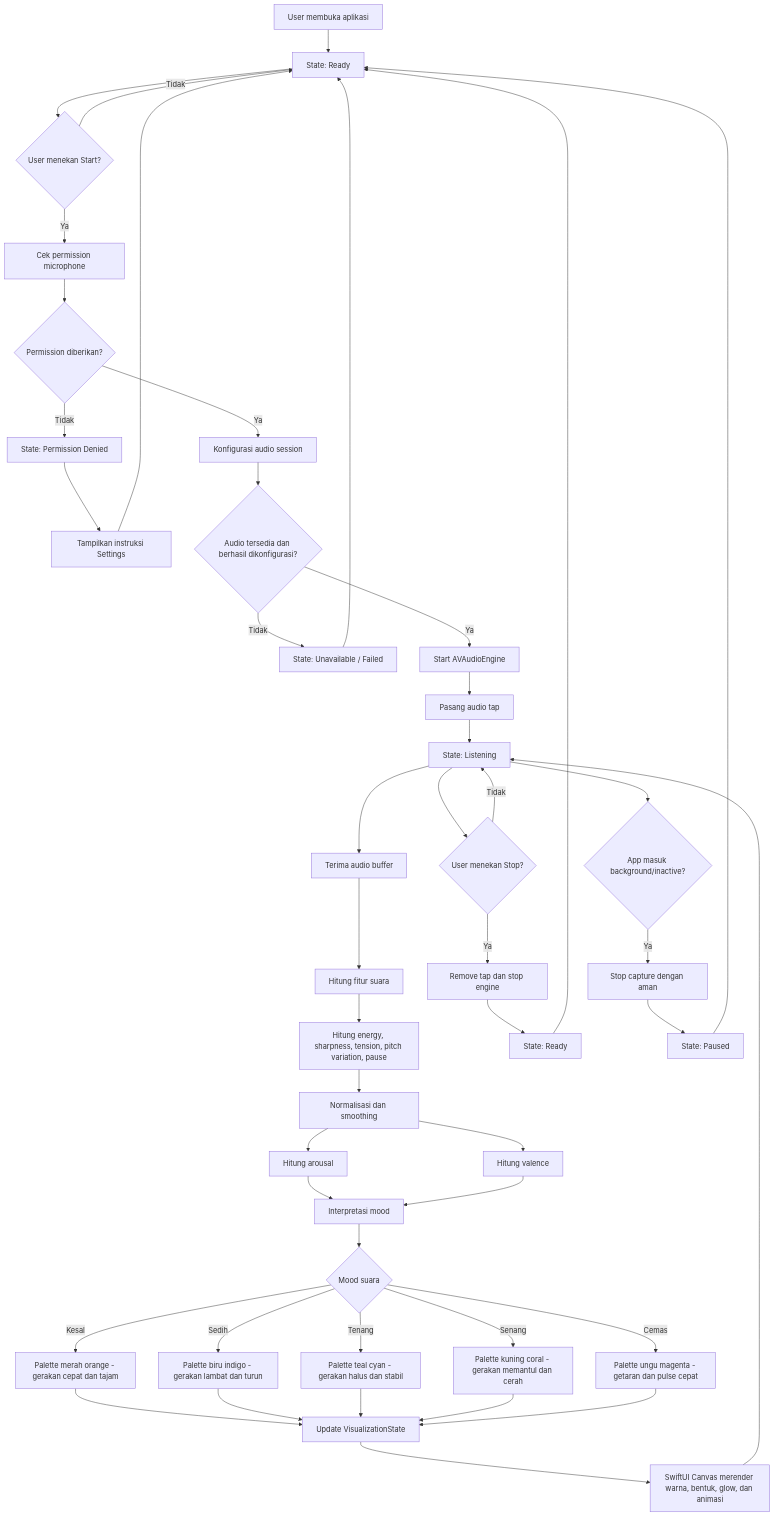
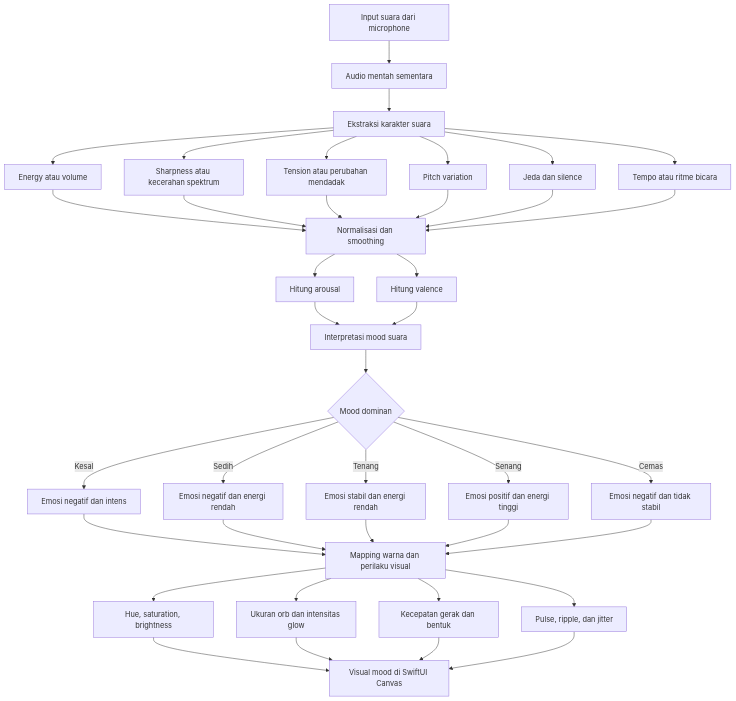
The first of 2 diagrams in audio-to-emotion-flowcharts.md (nunutech40/ConvertAudioToColor), drawn with Mermaid before and after one commit.

Commit message:
clarify business logic flowchart

````diff
--- a/audio-to-emotion-flowcharts.md
+++ b/audio-to-emotion-flowcharts.md
@@ -7,61 +7,48 @@
 ```mermaid
 flowchart TD
-    A[User membuka aplikasi] --> B[State: Ready]
-    B --> C{User menekan Start?}
+    A[Input suara dari microphone] --> B[Audio mentah sementara]
+    B --> C[Ekstraksi karakter suara]
 
-    C -- Tidak --> B
-    C -- Ya --> D[Cek permission microphone]
+    C --> D[Energy atau volume]
+    C --> E[Sharpness atau kecerahan spektrum]
+    C --> F[Tension atau perubahan mendadak]
+    C --> G[Pitch variation]
+    C --> H[Jeda dan silence]
+    C --> I[Tempo atau ritme bicara]
 
-    D --> E{Permission diberikan?}
-    E -- Tidak --> F[State: Permission Denied]
-    F --> G[Tampilkan instruksi Settings]
-    G --> B
+    D --> J[Normalisasi dan smoothing]
+    E --> J
+    F --> J
+    G --> J
+    H --> J
+    I --> J
 
-    E -- Ya --> H[Konfigurasi audio session]
-    H --> I{Audio tersedia dan berhasil dikonfigurasi?}
+    J --> K[Hitung arousal]
+    J --> L[Hitung valence]
 
-    I -- Tidak --> J[State: Unavailable / Failed]
-    J --> B
+    K --> M[Interpretasi mood suara]
+    L --> M
 
-    I -- Ya --> K[Start AVAudioEngine]
-    K --> L[Pasang audio tap]
-    L --> M[State: Listening]
+    M --> N{Mood dominan}
+    N -- Kesal --> O[Emosi negatif dan intens]
+    N -- Sedih --> P[Emosi negatif dan energi rendah]
+    N -- Tenang --> Q[Emosi stabil dan energi rendah]
+    N -- Senang --> R[Emosi positif dan energi tinggi]
+    N -- Cemas --> S[Emosi negatif dan tidak stabil]
 
-    M --> N[Terima audio buffer]
-    N --> O[Hitung fitur suara]
-    O --> P[Hitung energy, sharpness, tension, pitch variation, pause]
-
-    P --> Q[Normalisasi dan smoothing]
-    Q --> R[Hitung arousal]
-    Q --> S[Hitung valence]
-
-    R --> T[Interpretasi mood]
+    O --> T[Mapping warna dan perilaku visual]
+    P --> T
+    Q --> T
+    R --> T
     S --> T
 
-    T --> U{Mood suara}
-    U -- Kesal --> V[Palette merah orange - gerakan cepat dan tajam]
-    U -- Sedih --> W[Palette biru indigo - gerakan lambat dan turun]
-    U -- Tenang --> X[Palette teal cyan - gerakan halus dan stabil]
-    U -- Senang --> Y[Palette kuning coral - gerakan memantul dan cerah]
-    U -- Cemas --> Z[Palette ungu magenta - getaran dan pulse cepat]
+    T --> U[Hue, saturation, brightness]
+    T --> V[Ukuran orb dan intensitas glow]
+    T --> W[Kecepatan gerak dan bentuk]
+    T --> X[Pulse, ripple, dan jitter]
 
-    V --> AA[Update VisualizationState]
-    W --> AA
-    X --> AA
-    Y --> AA
-    Z --> AA
-
-    AA --> AB[SwiftUI Canvas merender warna, bentuk, glow, dan animasi]
-    AB --> M
-
-    M --> AC{User menekan Stop?}
-    AC -- Ya --> AD[Remove tap dan stop engine]
-    AD --> AE[State: Ready]
-    AE --> B
-    AC -- Tidak --> M
-
-    M --> AF{App masuk background/inactive?}
-    AF -- Ya --> AG[Stop capture dengan aman]
-    AG --> AH[State: Paused]
-    AH --> B
+    U --> Y[Visual mood di SwiftUI Canvas]
+    V --> Y
+    W --> Y
+    X --> Y
 ```
````
